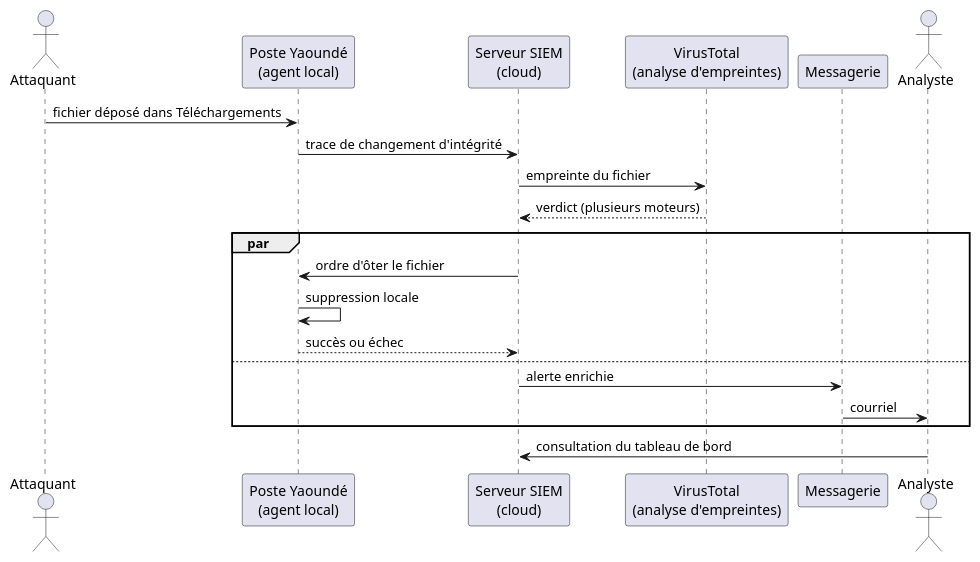
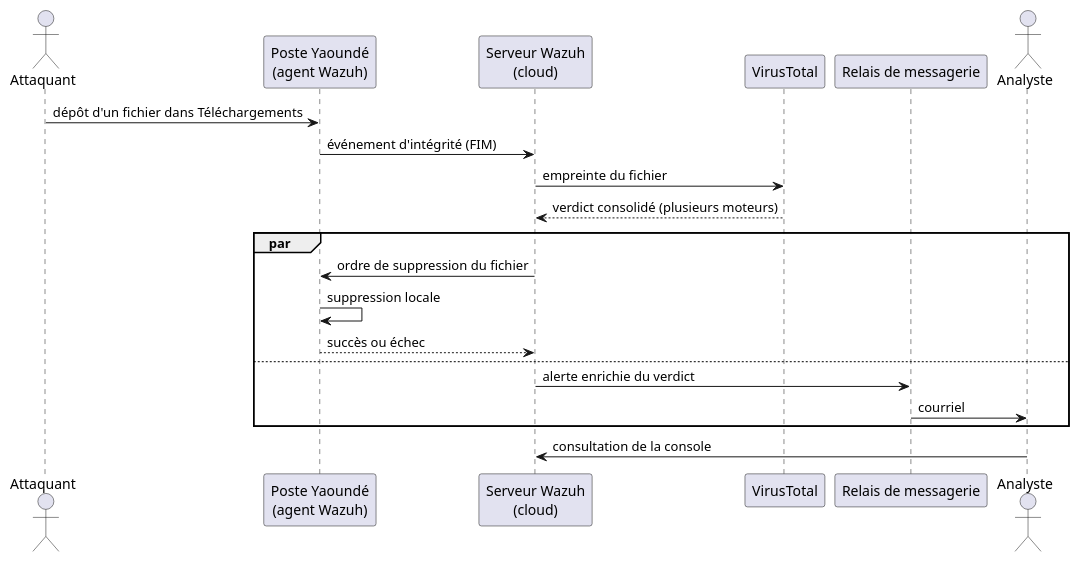
One commit to nklorenzo/wazuh-cloud-deployment-pipeline changed the third of 4 diagrams in rapport/chapitre-3.md. Above: the diagram before and after it, drawn with PlantUML. The commit also changed other lines of this file, not shown here.

````diff
--- a/rapport/chapitre-3.md
+++ b/rapport/chapitre-3.md
@@ -196,26 +188,26 @@
 ```plantuml
 @startuml
 actor "Attaquant" as A
-participant "Poste Yaoundé\n(agent local)" as P
-participant "Serveur SIEM\n(cloud)" as S
-participant "VirusTotal\n(analyse d'empreintes)" as VT
-participant "Messagerie" as M
+participant "Poste Yaoundé\n(agent Wazuh)" as P
+participant "Serveur Wazuh\n(cloud)" as S
+participant "VirusTotal" as VT
+participant "Relais de messagerie" as M
 actor "Analyste" as An
 
-A -> P : fichier déposé dans Téléchargements
-P -> S : trace de changement d'intégrité
+A -> P : dépôt d'un fichier dans Téléchargements
+P -> S : événement d'intégrité (FIM)
 S -> VT : empreinte du fichier
-VT --> S : verdict (plusieurs moteurs)
+VT --> S : verdict consolidé (plusieurs moteurs)
 
 par
-  S -> P : ordre d'ôter le fichier
+  S -> P : ordre de suppression du fichier
   P -> P : suppression locale
   P --> S : succès ou échec
 else
-  S -> M : alerte enrichie
+  S -> M : alerte enrichie du verdict
   M -> An : courriel
 end
 
-An -> S : consultation du tableau de bord
+An -> S : consultation de la console
 @enduml
 ```
````
